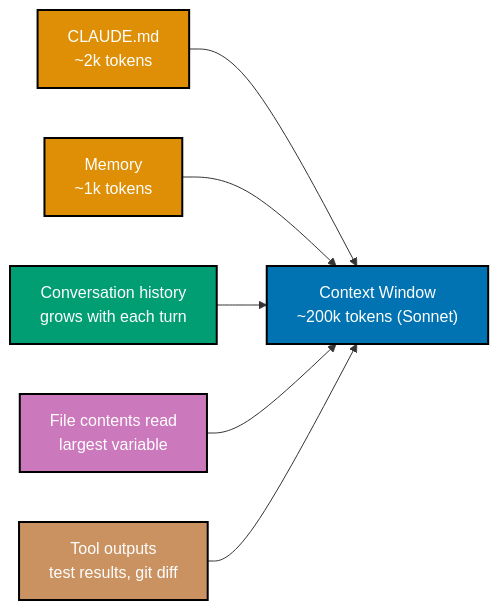
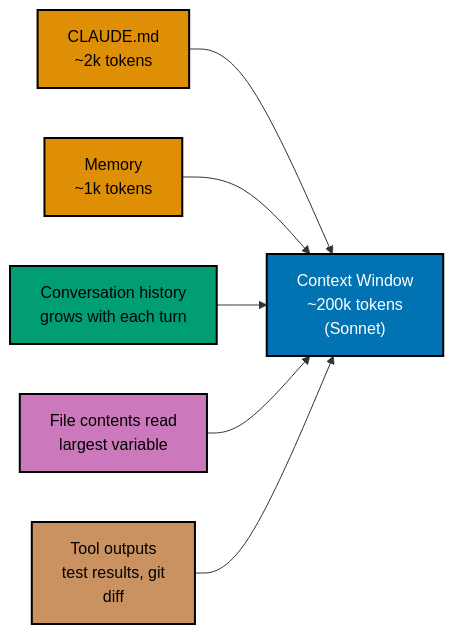
The sixth of 8 diagrams in apps/ayokoding-www/content/en/learn/legacy/artificial-intelligence/tools/claude-code/by-concept/intermediate.md (wahidyankf/ose-public), drawn with Mermaid before and after one commit. The commit also changed other lines of this file and 50 other files, not shown here.

First line of the commit message:
fix(mermaid): bring the docs, governance, plans, and legacy AI diagrams onto the accessible palette

````diff
--- a/apps/ayokoding-www/content/en/learn/legacy/artificial-intelligence/tools/claude-code/by-concept/intermediate.md
+++ b/apps/ayokoding-www/content/en/learn/legacy/artificial-intelligence/tools/claude-code/by-concept/intermediate.md
@@ -1018,24 +1033,27 @@
 ```mermaid
 %% Color Palette: Blue #0173B2, Orange #DE8F05, Teal #029E73, Purple #CC78BC, Brown #CA9161
 %% All colors are color-blind friendly and meet WCAG AA contrast standards
 
 graph LR
-    BUDGET["Context Window<br/>~200k tokens (Sonnet)"]:::blue
+    accTitle: 10. Context Management
+    accDescr: Graph with 6 nodes and 5 connections. Nodes: Context Window ~200k tokens (Sonnet), CLAUDE.md ~2k tokens, Memory ~1k tokens, Conversation history grows with each turn, File contents read largest variable, Tool outputs test results, git diff. Connections: CLAUDE.md ~2k tokens to Context Window ~200k tokens (Sonnet), Memory ~1k tokens to Context Window ~200k tokens (Sonnet), Conversation history grows with each turn to Context Window ~200k tokens (Sonnet), File contents read largest variable to Context Window ~200k tokens (Sonnet), Tool outputs test results, git diff to Context Window ~200k tokens (Sonnet).
+    BUDGET["Context Window<br/>~200k tokens<br/>(Sonnet)"]:::blue
     CM["CLAUDE.md<br/>~2k tokens"]:::orange
     MEM["Memory<br/>~1k tokens"]:::orange
     CONV["Conversation history<br/>grows with each turn"]:::teal
     FILES["File contents read<br/>largest variable"]:::purple
-    TOOLS["Tool outputs<br/>test results, git diff"]:::brown
+    TOOLS["Tool outputs<br/>test results, git<br/>diff"]:::brown
 
     CM --> BUDGET
     MEM --> BUDGET
     CONV --> BUDGET
     FILES --> BUDGET
     TOOLS --> BUDGET
 
     classDef blue fill:#0173B2,stroke:#000000,color:#FFFFFF,stroke-width:2px
-    classDef orange fill:#DE8F05,stroke:#000000,color:#FFFFFF,stroke-width:2px
-    classDef teal fill:#029E73,stroke:#000000,color:#FFFFFF,stroke-width:2px
-    classDef purple fill:#CC78BC,stroke:#000000,color:#FFFFFF,stroke-width:2px
-    classDef brown fill:#CA9161,stroke:#000000,color:#FFFFFF,stroke-width:2px
+    classDef orange fill:#DE8F05,stroke:#000000,color:#000000,stroke-width:2px
+    classDef teal fill:#029E73,stroke:#000000,color:#000000,stroke-width:2px
+    classDef purple fill:#CC78BC,stroke:#000000,color:#000000,stroke-width:2px
+    classDef brown fill:#CA9161,stroke:#000000,color:#000000,stroke-width:2px
+    classDef default fill:#FFFFFF,stroke:#000000,color:#000000
 ```
````
